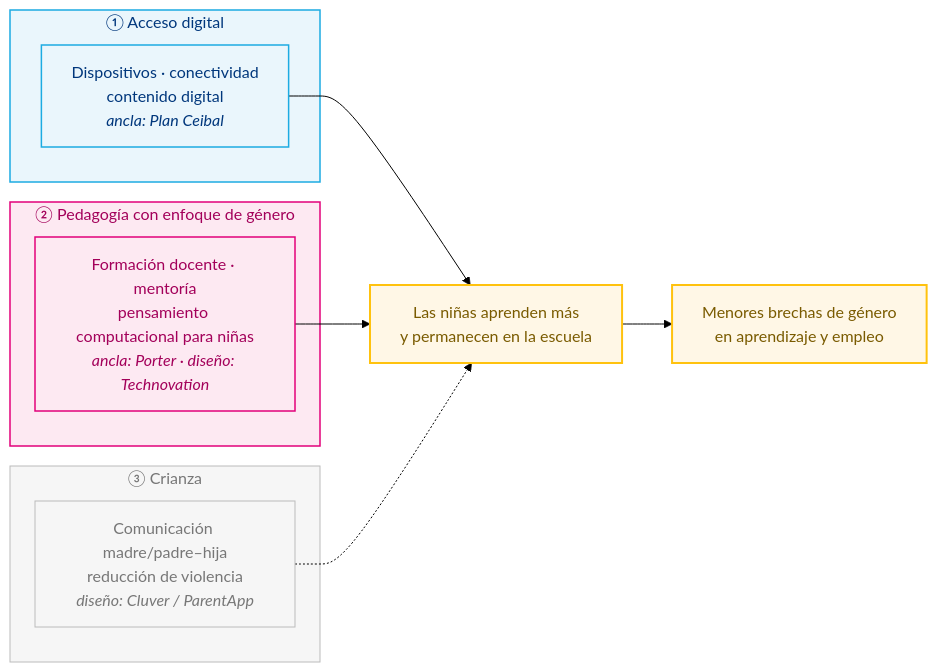
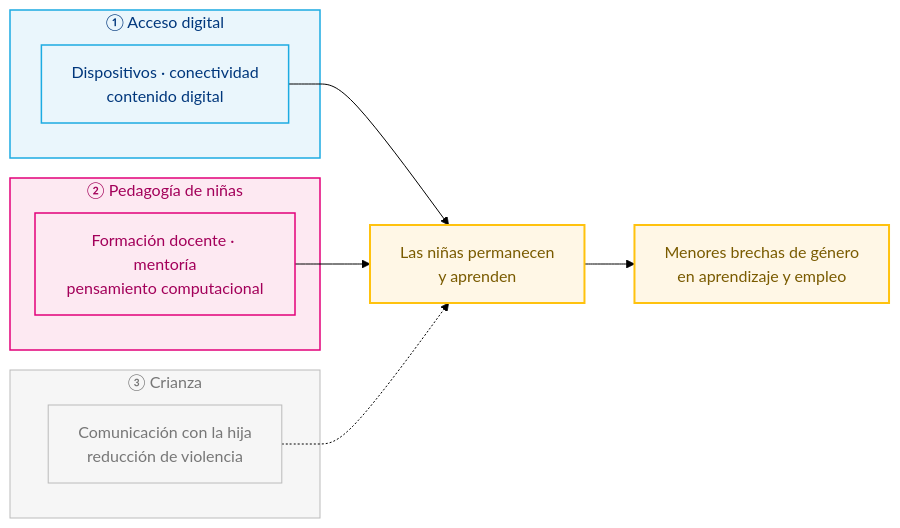
The first of 2 diagrams in code/06_slides_es.qmd (hgrueso/bolivia-aula-conectada), drawn with Mermaid (forest theme) before and after one commit. The commit also changed other lines of this file and 3 other files, not shown here.

Commit message:
Anchor on Evans & Yuan (2022) girl-specific meta-analysis; drop Porter as anchor; add NEET; diagram + table layout fixes

````diff
--- a/code/06_slides_es.qmd
+++ b/code/06_slides_es.qmd
@@ -326,27 +326,27 @@
 ```{mermaid}
-%%| fig-width: 13
+%%| fig-width: 14
 flowchart LR
     subgraph A["① Acceso digital"]
-        A1["Dispositivos · conectividad<br/>contenido digital<br/><i>ancla: Plan Ceibal</i>"]
+        A1["Dispositivos · conectividad<br/>contenido digital"]
     end
-    subgraph B["② Pedagogía con enfoque de género"]
-        B1["Formación docente · mentoría<br/>pensamiento computacional para niñas<br/><i>ancla: Porter · diseño: Technovation</i>"]
+    subgraph B["② Pedagogía de niñas"]
+        B1["Formación docente · mentoría<br/>pensamiento computacional"]
     end
     subgraph C["③ Crianza"]
-        C1["Comunicación madre/padre–hija<br/>reducción de violencia<br/><i>diseño: Cluver / ParentApp</i>"]
+        C1["Comunicación con la hija<br/>reducción de violencia"]
     end
 
-    A1 --> R["Las niñas aprenden más<br/>y permanecen en la escuela"]
+    A1 --> R["Las niñas permanecen<br/>y aprenden"]
     B1 --> R
     C1 -.-> R
     R --> I["Menores brechas de género<br/>en aprendizaje y empleo"]
 
     class A,A1 layerA
     class B,B1 layerB
     class C,C1 layerC
     class R,I outcome
     classDef layerA fill:#eaf6fc,stroke:#1CABE2,stroke-width:1.5px,color:#00377C
     classDef layerB fill:#fde9f2,stroke:#E2007A,stroke-width:1.5px,color:#a3005a
     classDef layerC fill:#f6f6f6,stroke:#bbbbbb,stroke-width:1px,color:#777777
     classDef outcome fill:#fff7e6,stroke:#FFC20E,stroke-width:2px,color:#7a5b00
 ```
````
